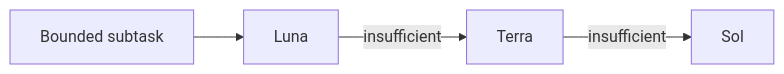
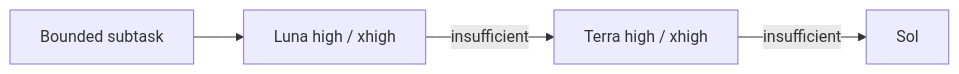
The second of 2 diagrams in README.md (koobzaar/andrej-karpathy-skills), drawn with Mermaid before and after one commit. The commit also changed other lines of this file and 1 other file, not shown here.

````diff
--- a/README.md
+++ b/README.md
@@ -198,6 +205,6 @@
 ```mermaid
 flowchart LR
-    A[Bounded subtask] --> L[Luna]
-    L -->|insufficient| T[Terra]
+    A[Bounded subtask] --> L[Luna high / xhigh]
+    L -->|insufficient| T[Terra high / xhigh]
     T -->|insufficient| S[Sol]
 ```
````
